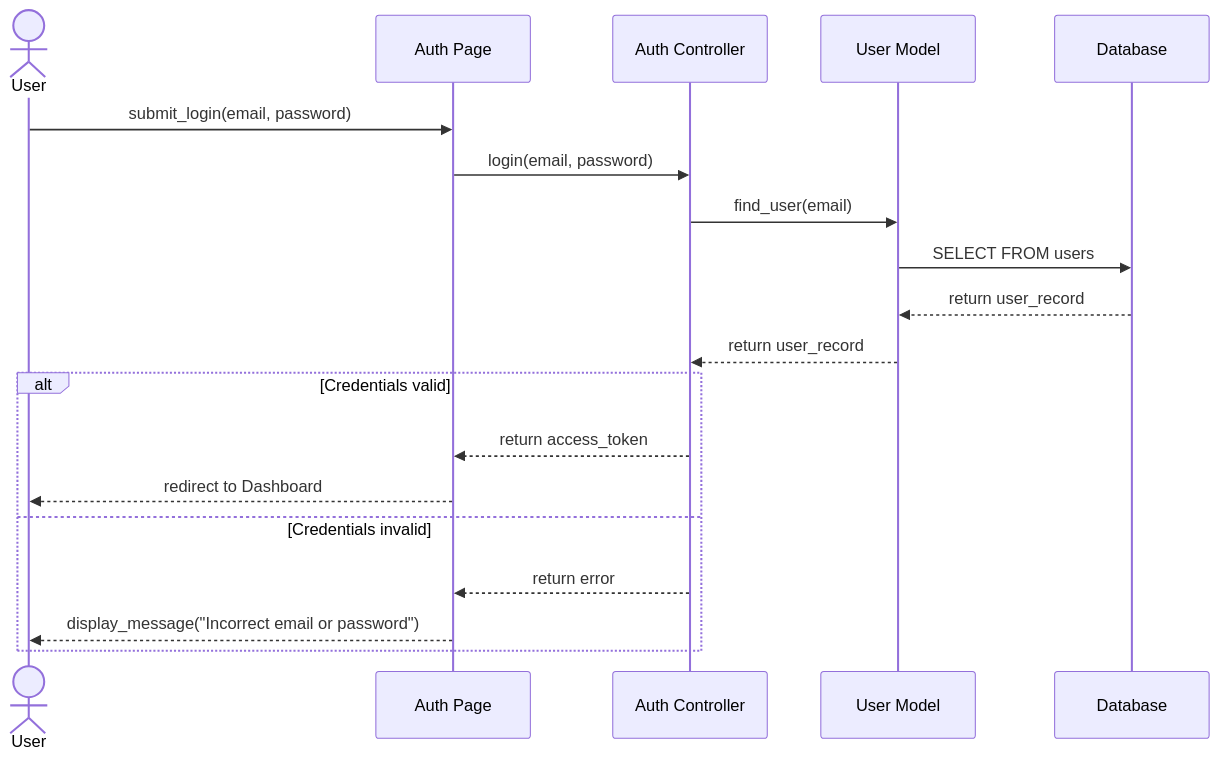
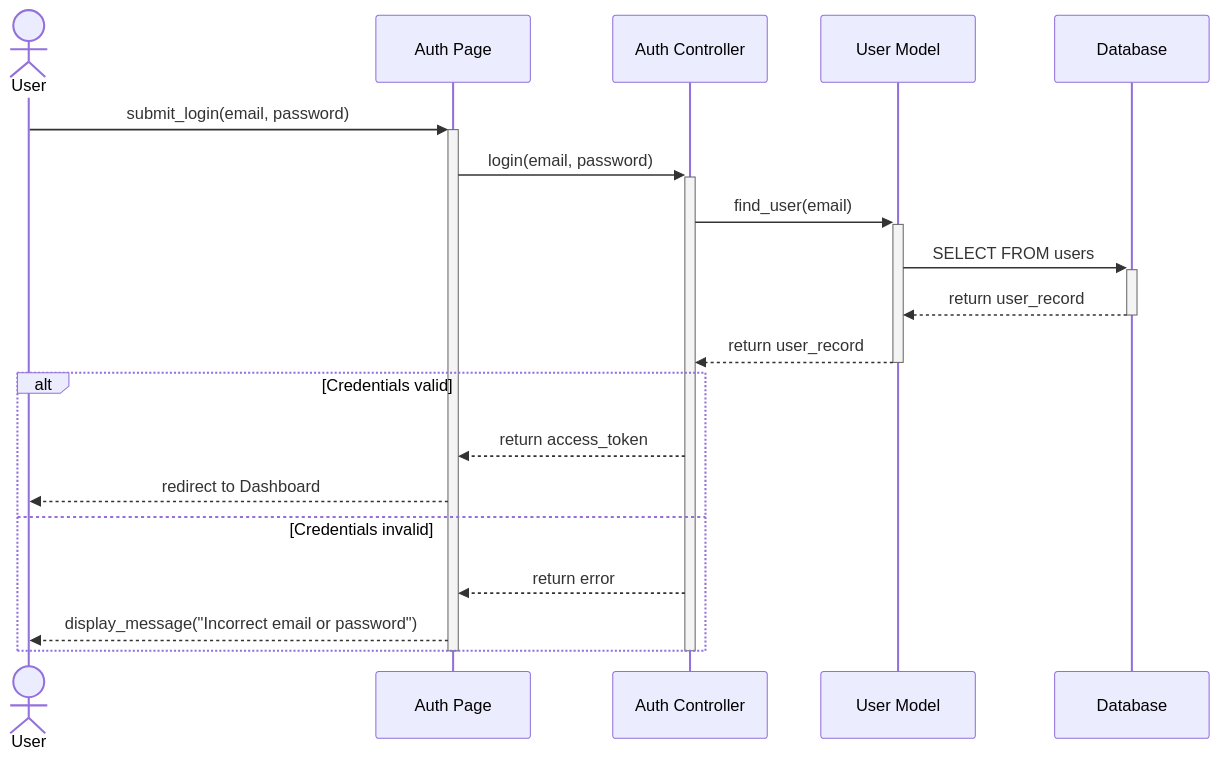
The third of 20 diagrams in SYSTEM_DIAGRAMS.md (Tanaphat-Ken/ALPR-V2), drawn with Mermaid before and after one commit. The commit also changed other lines of this file, not shown here.

First line of the commit message:
fix: resolve Mermaid activation bar errors across sequence diagrams

````diff
--- a/SYSTEM_DIAGRAMS.md
+++ b/SYSTEM_DIAGRAMS.md
@@ -193,22 +194,24 @@
 ```mermaid
 sequenceDiagram
     actor User
     participant AuthPage as Auth Page
     participant AuthController as Auth Controller
     participant UserModel as User Model
     participant DB as Database
 
-    User->>AuthPage: submit_login(email, password)
-    AuthPage->>AuthController: login(email, password)
-    AuthController->>UserModel: find_user(email)
-    UserModel->>DB: SELECT FROM users
-    DB-->>UserModel: return user_record
-    UserModel-->>AuthController: return user_record
+    User->>+AuthPage: submit_login(email, password)
+    AuthPage->>+AuthController: login(email, password)
+    AuthController->>+UserModel: find_user(email)
+    UserModel->>+DB: SELECT FROM users
+    DB-->>-UserModel: return user_record
+    UserModel-->>-AuthController: return user_record
     alt Credentials valid
         AuthController-->>AuthPage: return access_token
         AuthPage-->>User: redirect to Dashboard
     else Credentials invalid
         AuthController-->>AuthPage: return error
         AuthPage-->>User: display_message("Incorrect email or password")
     end
+    deactivate AuthController
+    deactivate AuthPage
 ```
````
